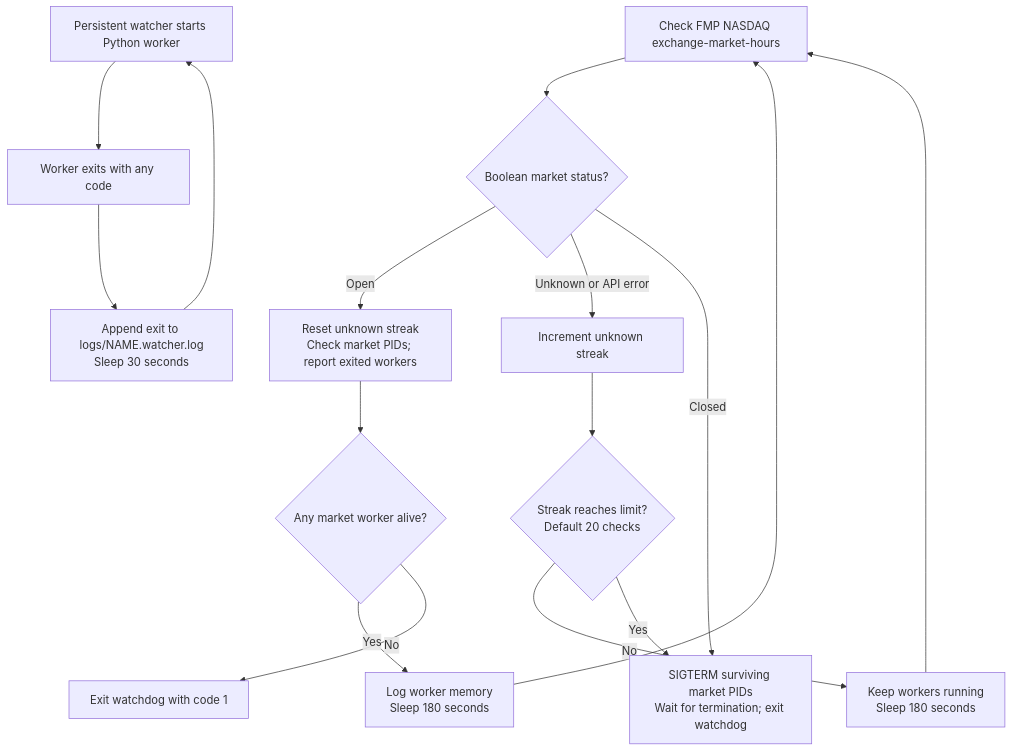
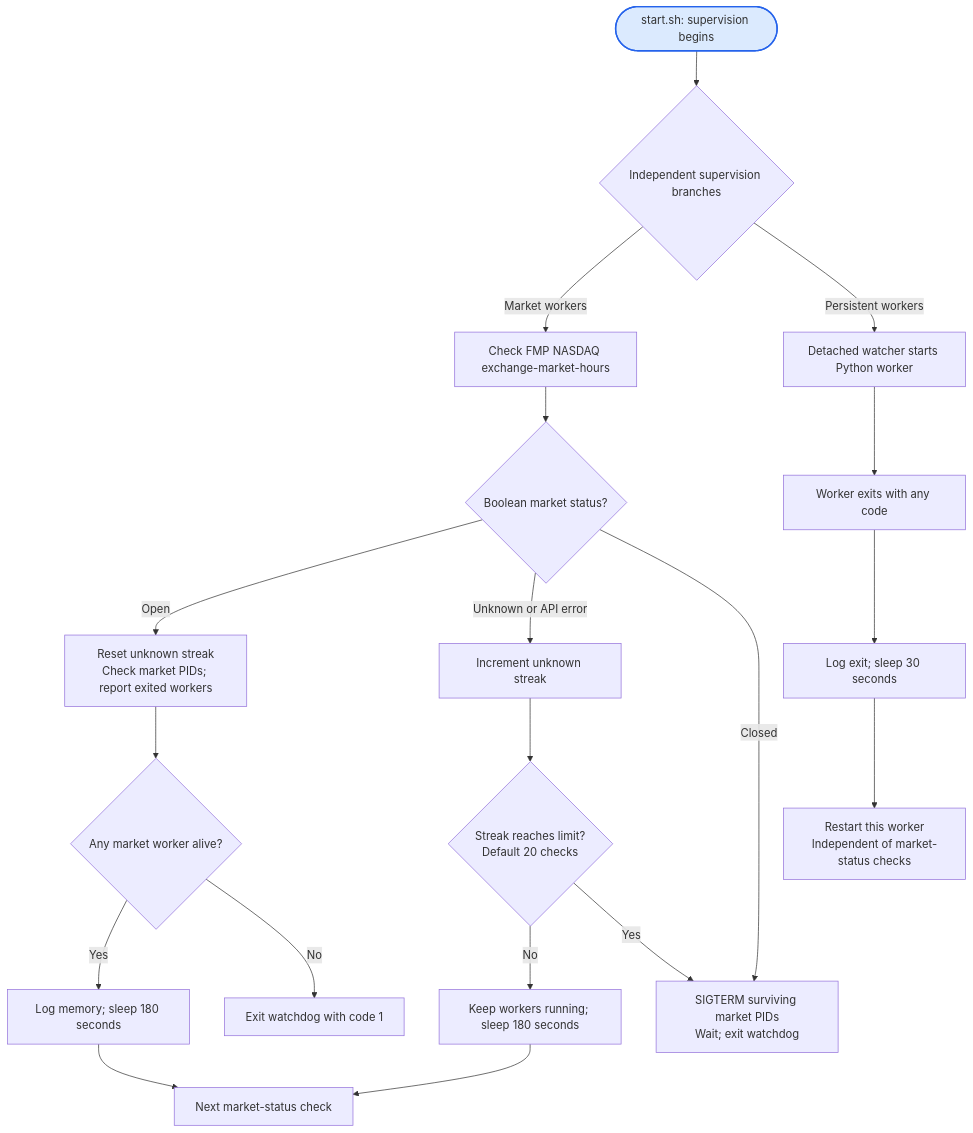
One commit to MUNQuantSociety/MQSMaster changed the third of 3 diagrams in docs/workflows/live_trading_workflow.md. Above: the diagram before and after it, drawn with Mermaid. The commit also changed other lines of this file and 12 other files, not shown here.

Commit message:
docs: make workflow diagrams top-down hierarchies

````diff
--- a/docs/workflows/live_trading_workflow.md
+++ b/docs/workflows/live_trading_workflow.md
@@ -72,19 +77,22 @@
 ```mermaid
 flowchart TD
-    CHECK["Check FMP NASDAQ exchange-market-hours"] --> STATUS{"Boolean market status?"}
+    ROOT(["start.sh: supervision begins"]) --> MODE{"Independent supervision branches"}
+    MODE -->|Market workers| CHECK["Check FMP NASDAQ exchange-market-hours"]
+    CHECK --> STATUS{"Boolean market status?"}
     STATUS -->|Open| RESET["Reset unknown streak<br/>Check market PIDs; report exited workers"]
     RESET --> ANY{"Any market worker alive?"}
-    ANY -->|Yes| MEM["Log worker memory<br/>Sleep 180 seconds"]
-    MEM --> CHECK
+    ANY -->|Yes| MEM["Log memory; sleep 180 seconds"]
+    MEM --> NEXT["Next market-status check"]
     ANY -->|No| FAIL["Exit watchdog with code 1"]
     STATUS -->|Unknown or API error| COUNT["Increment unknown streak"]
     COUNT --> LIMIT{"Streak reaches limit?<br/>Default 20 checks"}
-    LIMIT -->|No| RETRY["Keep workers running<br/>Sleep 180 seconds"]
-    RETRY --> CHECK
-    LIMIT -->|Yes| STOP["SIGTERM surviving market PIDs<br/>Wait for termination; exit watchdog"]
+    LIMIT -->|No| RETRY["Keep workers running; sleep 180 seconds"]
+    RETRY --> NEXT
+    LIMIT -->|Yes| STOP["SIGTERM surviving market PIDs<br/>Wait; exit watchdog"]
     STATUS -->|Closed| STOP
-
-    WORKER["Persistent watcher starts Python worker"] --> DONE["Worker exits with any code"]
-    DONE --> BACKOFF["Append exit to logs/NAME.watcher.log<br/>Sleep 30 seconds"]
-    BACKOFF --> WORKER
+    MODE -->|Persistent workers| WORKER["Detached watcher starts Python worker"]
+    WORKER --> DONE["Worker exits with any code"]
+    DONE --> BACKOFF["Log exit; sleep 30 seconds"]
+    BACKOFF --> RESTART["Restart this worker<br/>Independent of market-status checks"]
+    style ROOT fill:#dbeafe,stroke:#2563eb,stroke-width:2px
 ```
````
